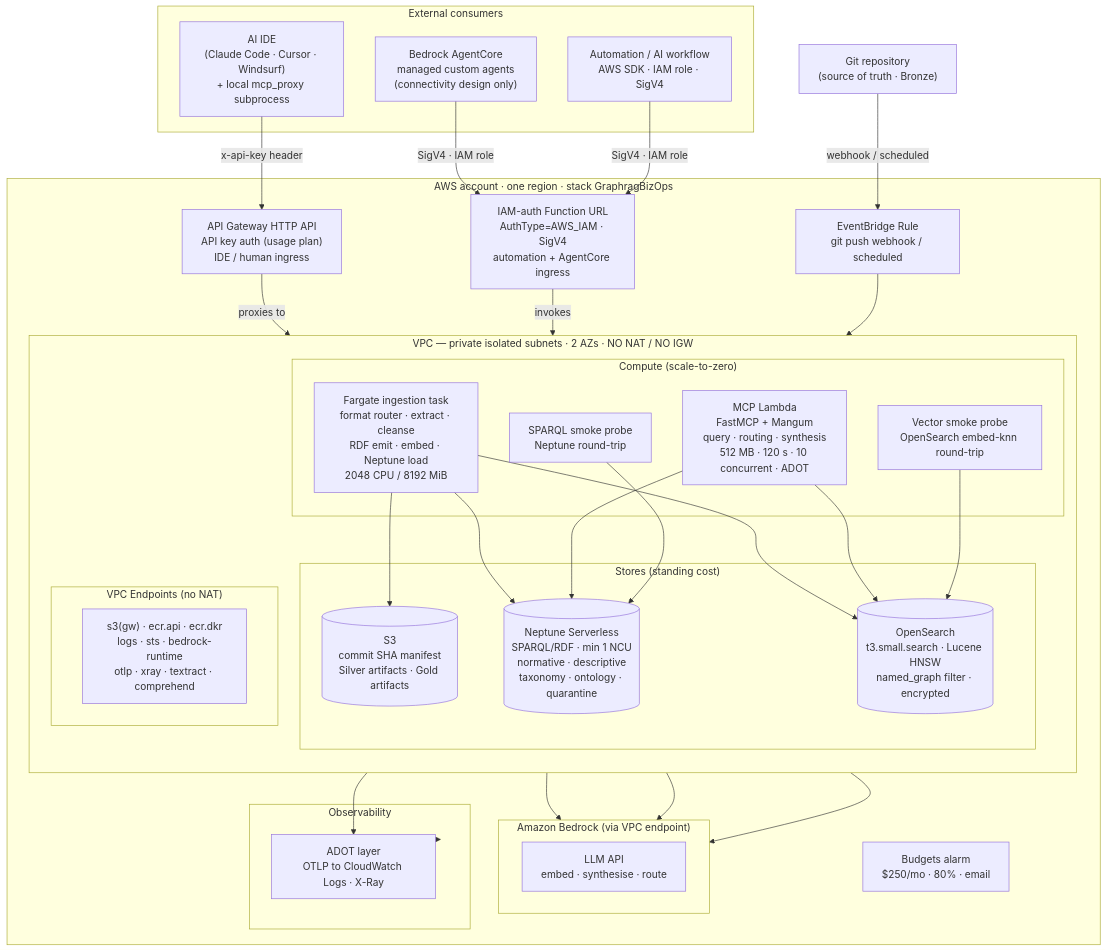
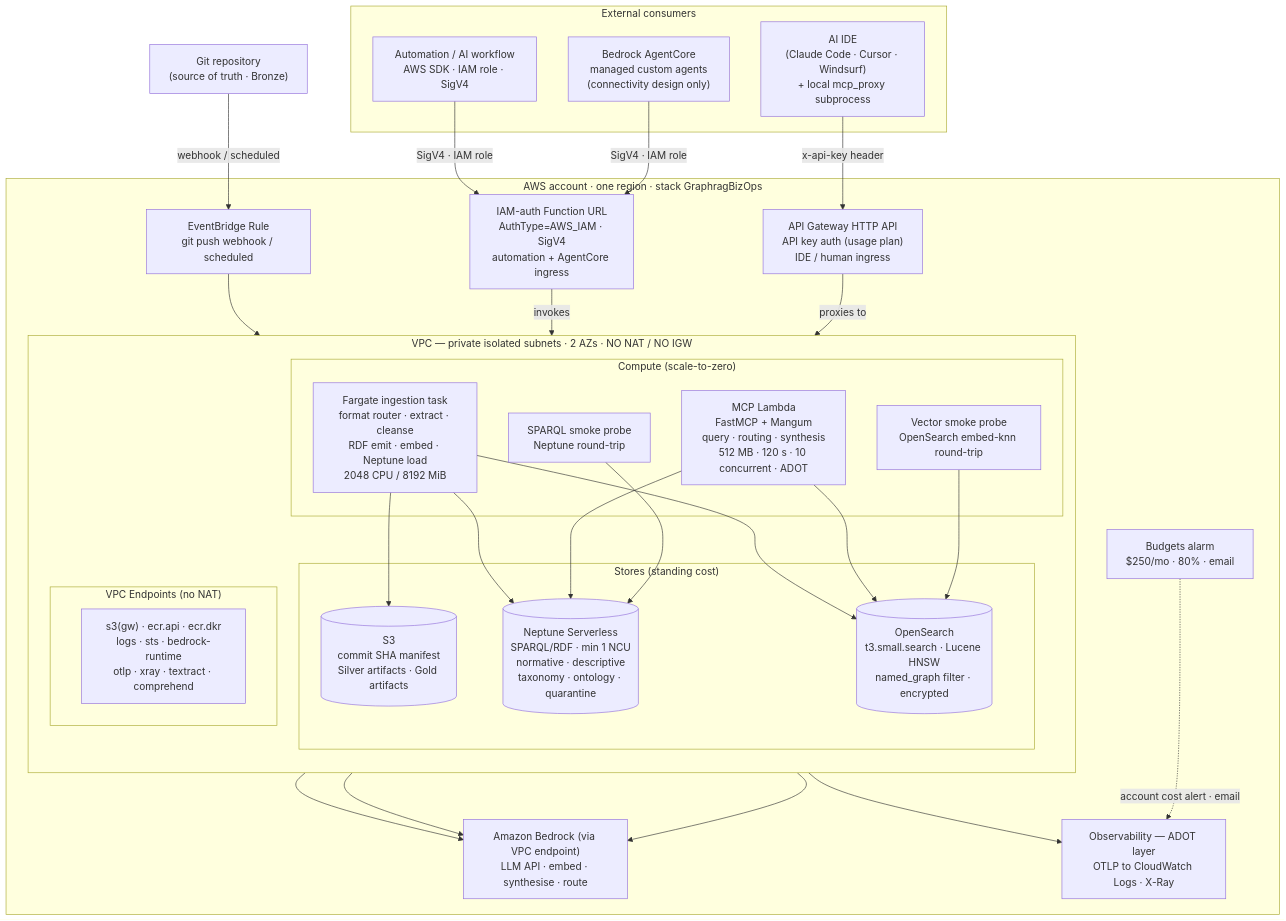
One commit to eugenelim/graphrag-aws-template changed the fifth of 5 diagrams in docs/architecture/biz-ops-knowledge-graph/design.md. Above: the diagram before and after it, drawn with Mermaid. The commit also changed other lines of this file, not shown here.

Commit message:
fix(docs): remediate 7 Mermaid diagram defects in biz-ops-knowledge-graph design
Structural fixes (Priority 1):
- D5-1: connect orphaned BUD (Budgets alarm) node → ADOT with dashed edge
- D5-2: remove ADOT → Obs invalid node-to-parent-subgraph edge
- D5-3: flatten subgraph LLM + subgraph Obs into bare nodes inside AWS
  to restore bounding-box containment; update 3 edges (LLM → BD)
- D3-1: add missing BD-->>M: embedding vector return arrow in
  get_policies() sequence diagram (embed call had no response shown)

Readability fixes (Priority 2):
- D2-1: shorten ask() final return label to ≤35 chars to prevent
  overflow on narrow renders
- D1-1/D1-2: reorder Diagram 1 subgraph declarations (Observability
  after Interface, Ingestion before Stores) to improve layout proximity
- D4-2: convert four F->>F self-loop messages to Note over F: boxes
  for clearer ingestion pipeline readability

D4-1 (fragment bounds) verified correct — no edit needed.

````diff
--- a/docs/architecture/biz-ops-knowledge-graph/design.md
+++ b/docs/architecture/biz-ops-knowledge-graph/design.md
@@ -796,70 +798,65 @@
 ```mermaid
 flowchart TB
     subgraph Consumers["External consumers"]
         IDE["AI IDE<br/>(Claude Code · Cursor · Windsurf)<br/>+ local mcp_proxy subprocess"]
         AGC["Bedrock AgentCore<br/>managed custom agents<br/>(connectivity design only)"]
         AUTO["Automation / AI workflow<br/>AWS SDK · IAM role · SigV4"]
     end
 
     subgraph AWS["AWS account · one region · stack GraphragBizOps"]
         APIGW["API Gateway HTTP API<br/>API key auth (usage plan)<br/>IDE / human ingress"]
         FU["IAM-auth Function URL<br/>AuthType=AWS_IAM · SigV4<br/>automation + AgentCore ingress"]
         BUD["Budgets alarm<br/>$250/mo · 80% · email"]
         EB["EventBridge Rule<br/>git push webhook / scheduled"]
 
         subgraph VPC["VPC — private isolated subnets · 2 AZs · NO NAT / NO IGW"]
             direction TB
 
             subgraph Compute["Compute (scale-to-zero)"]
                 ML["MCP Lambda<br/>FastMCP + Mangum<br/>query · routing · synthesis<br/>512 MB · 120 s · 10 concurrent · ADOT"]
                 ING["Fargate ingestion task<br/>format router · extract · cleanse<br/>RDF emit · embed · Neptune load<br/>2048 CPU / 8192 MiB"]
                 SP["SPARQL smoke probe<br/>Neptune round-trip"]
                 VP["Vector smoke probe<br/>OpenSearch embed-knn round-trip"]
             end
 
             subgraph Stores["Stores (standing cost)"]
                 NEP[("Neptune Serverless<br/>SPARQL/RDF · min 1 NCU<br/>normative · descriptive<br/>taxonomy · ontology · quarantine")]
                 OS[("OpenSearch<br/>t3.small.search · Lucene HNSW<br/>named_graph filter · encrypted")]
                 S3[("S3<br/>commit SHA manifest<br/>Silver artifacts · Gold artifacts")]
             end
 
             subgraph Endpoints["VPC Endpoints (no NAT)"]
                 EPS["s3(gw) · ecr.api · ecr.dkr<br/>logs · sts · bedrock-runtime<br/>otlp · xray · textract · comprehend"]
             end
         end
 
-        subgraph LLM["Amazon Bedrock (via VPC endpoint)"]
-            BD["LLM API<br/>embed · synthesise · route"]
-        end
-
-        subgraph Obs["Observability"]
-            ADOT["ADOT layer<br/>OTLP to CloudWatch Logs · X-Ray"]
-        end
+        BD["Amazon Bedrock (via VPC endpoint)<br/>LLM API · embed · synthesise · route"]
+        ADOT["Observability — ADOT layer<br/>OTLP to CloudWatch Logs · X-Ray"]
     end
 
     Git["Git repository<br/>(source of truth · Bronze)"]
 
     IDE -->|"x-api-key header"| APIGW
     AGC -->|"SigV4 · IAM role"| FU
     AUTO -->|"SigV4 · IAM role"| FU
 
     APIGW -->|"proxies to"| ML
     FU -->|"invokes"| ML
 
     Git -->|"webhook / scheduled"| EB
     EB --> ING
     ING --> S3
     ING --> NEP
     ING --> OS
-    ING --> LLM
+    ING --> BD
 
     ML --> NEP
     ML --> OS
-    ML --> LLM
+    ML --> BD
     ML --> ADOT
-    ADOT --> Obs
+    BUD -.->|"account cost alert · email"| ADOT
 
     SP --> NEP
     VP --> OS
-    VP --> LLM
+    VP --> BD
 ```
````
